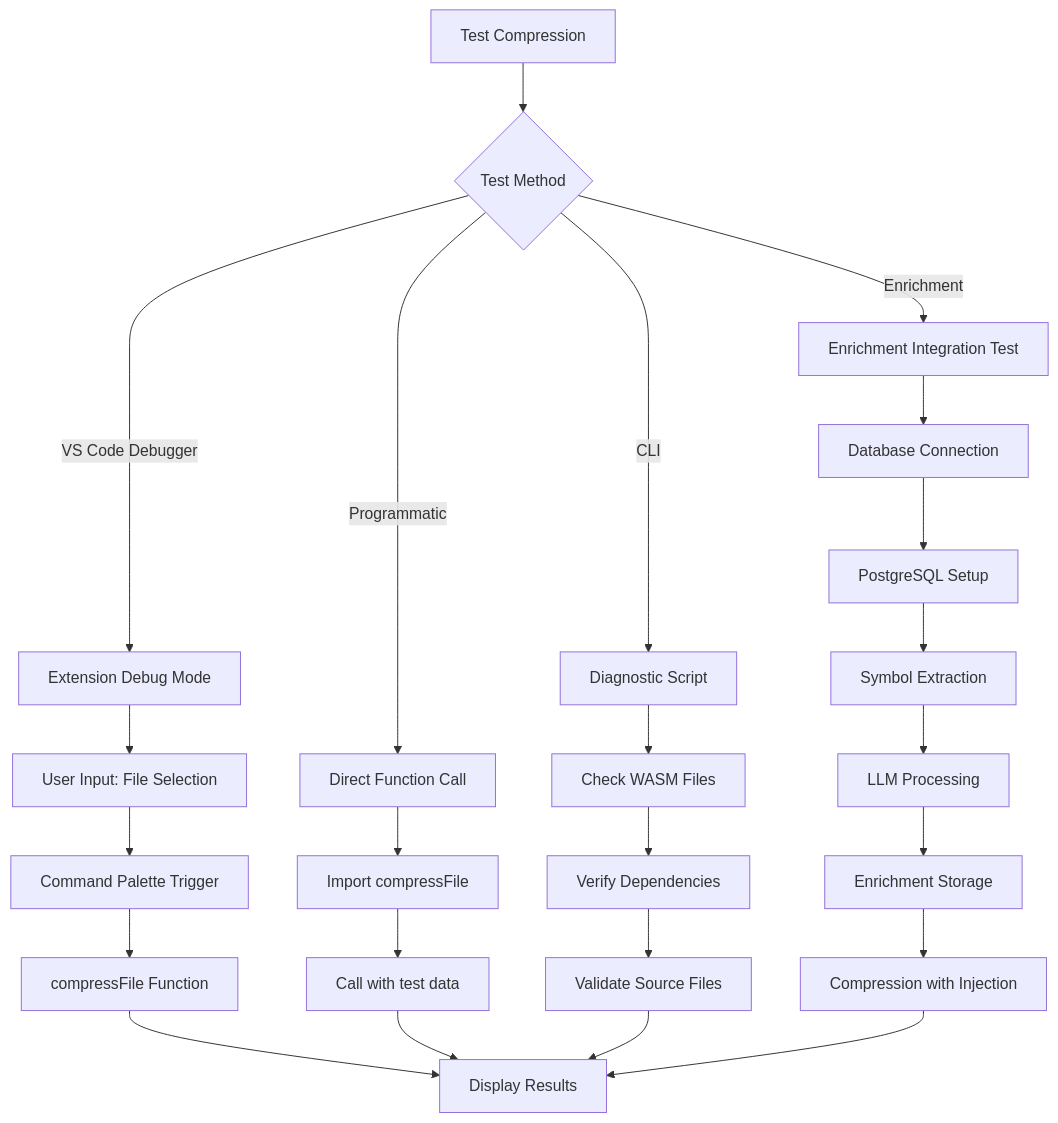
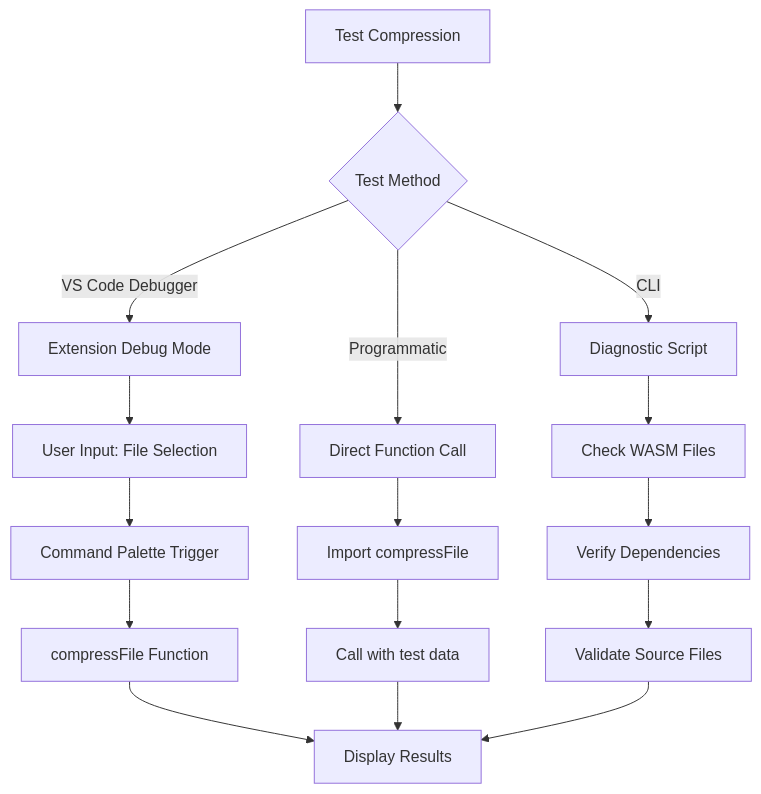
Before and after one commit to bramburn/repomix-runner: the fifth of 6 diagrams in .qoder/repowiki/en/content/Testing Framework/Compression Testing Framework.md, drawn with Mermaid. The commit also changed other lines of this file and 41 other files, not shown here.

````diff
--- a/.qoder/repowiki/en/content/Testing Framework/Compression Testing Framework.md
+++ b/.qoder/repowiki/en/content/Testing Framework/Compression Testing Framework.md
@@ -245,26 +225,18 @@
 ```mermaid
 flowchart TD
 A[Test Compression] --> B{Test Method}
 B --> |VS Code Debugger| C[Extension Debug Mode]
 B --> |Programmatic| D[Direct Function Call]
 B --> |CLI| E[Diagnostic Script]
-B --> |Enrichment| F[Enrichment Integration Test]
-C --> G[User Input: File Selection]
-F --> H[Database Connection]
-H --> I[PostgreSQL Setup]
-I --> J[Symbol Extraction]
-J --> K[LLM Processing]
-K --> L[Enrichment Storage]
-L --> M[Compression with Injection]
-G --> N[Command Palette Trigger]
-N --> O[compressFile Function]
-D --> P[Import compressFile]
-P --> Q[Call with test data]
-E --> R[Check WASM Files]
-R --> S[Verify Dependencies]
-S --> T[Validate Source Files]
-O --> U[Display Results]
-Q --> U
-T --> U
-M --> U
+C --> F[User Input: File Selection]
+F --> G[Command Palette Trigger]
+G --> H[compressFile Function]
+D --> I[Import compressFile]
+I --> J[Call with test data]
+E --> K[Check WASM Files]
+K --> L[Verify Dependencies]
+L --> M[Validate Source Files]
+H --> N[Display Results]
+J --> N
+M --> N
 ```
````
